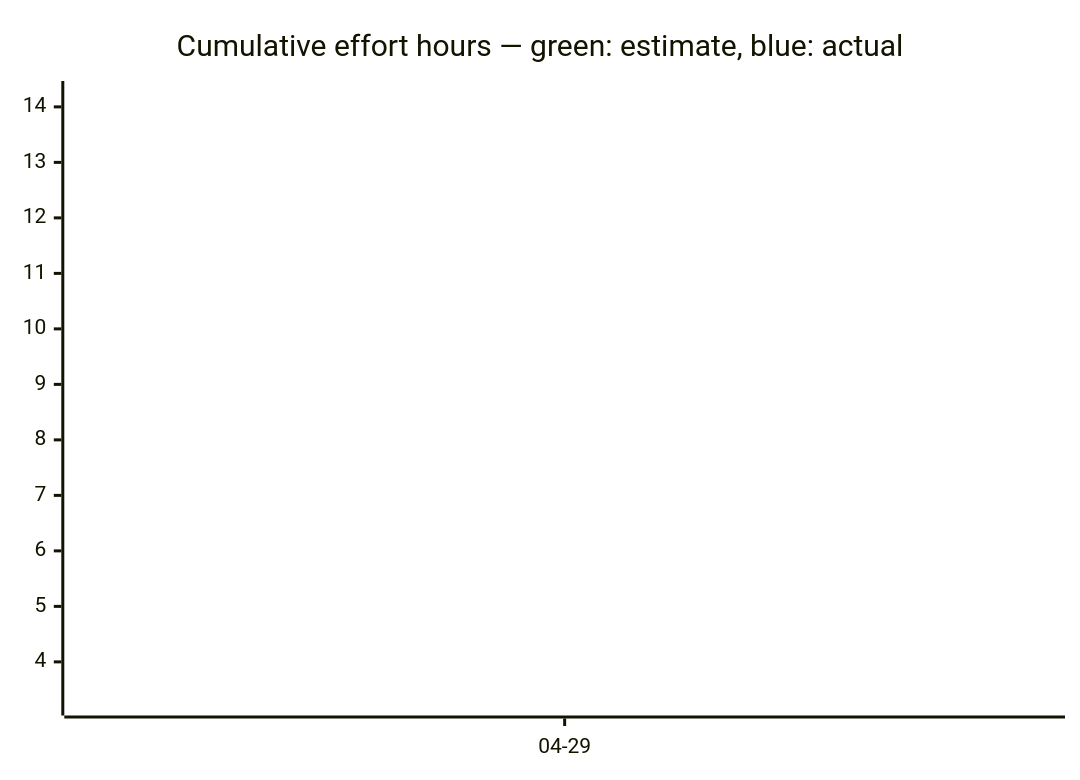
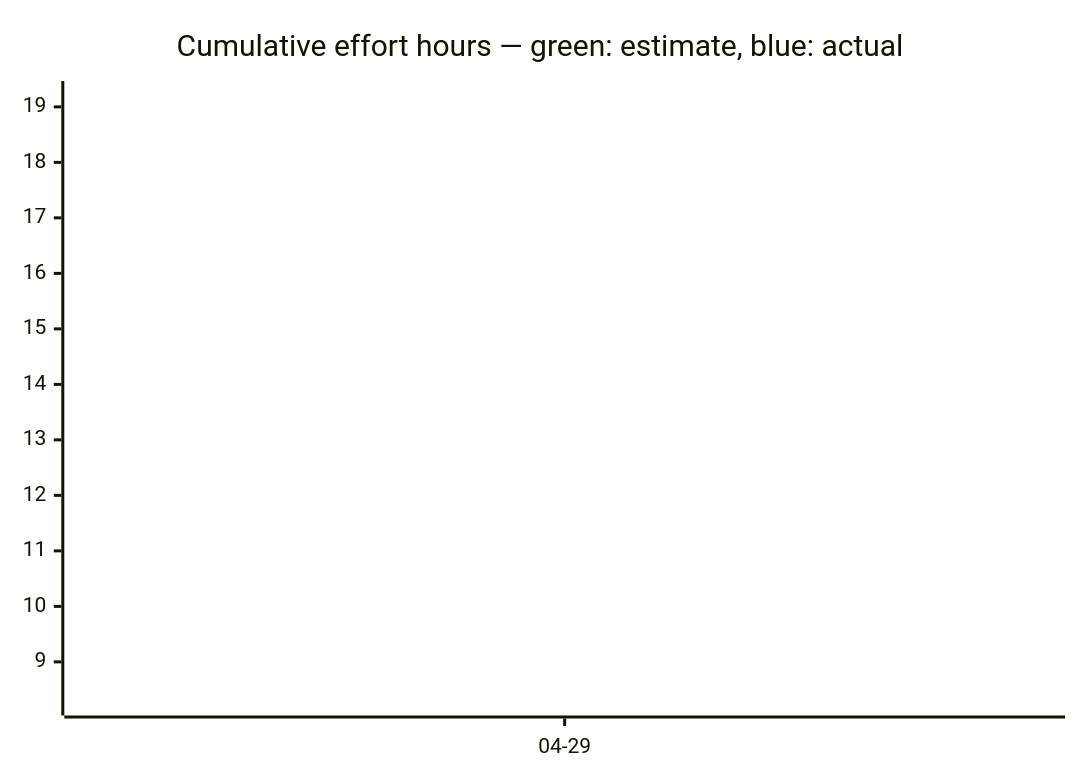
The third of 3 diagrams in docs/developers/tasks/OVERVIEW.md (tgd1975/AwesomeStudioPedal), drawn with Mermaid before and after one commit. The commit also changed other lines of this file and 7 other files, not shown here.

````diff
--- a/docs/developers/tasks/OVERVIEW.md
+++ b/docs/developers/tasks/OVERVIEW.md
@@ -38,7 +38,7 @@
 ```mermaid
 xychart-beta
     title "Cumulative effort hours — green: estimate, blue: actual"
     x-axis ["04-29"]
-    line [14.25]
-    line [3.25]
+    line [19.25]
+    line [8.25]
 ```
````
